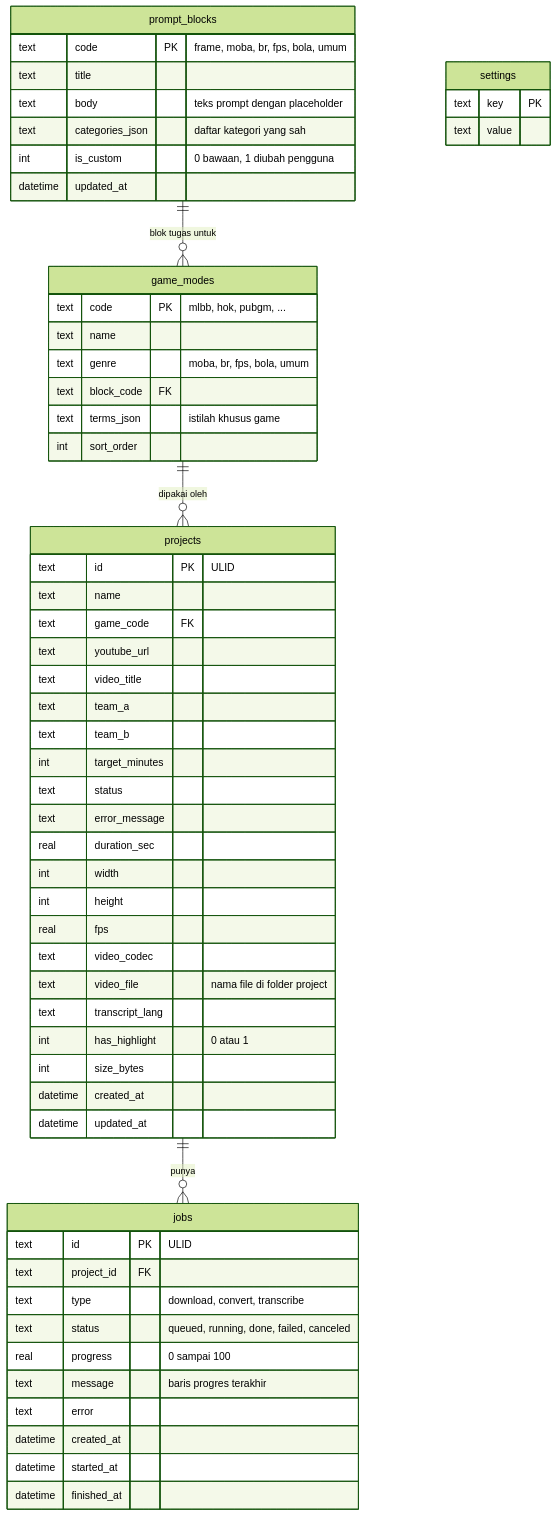
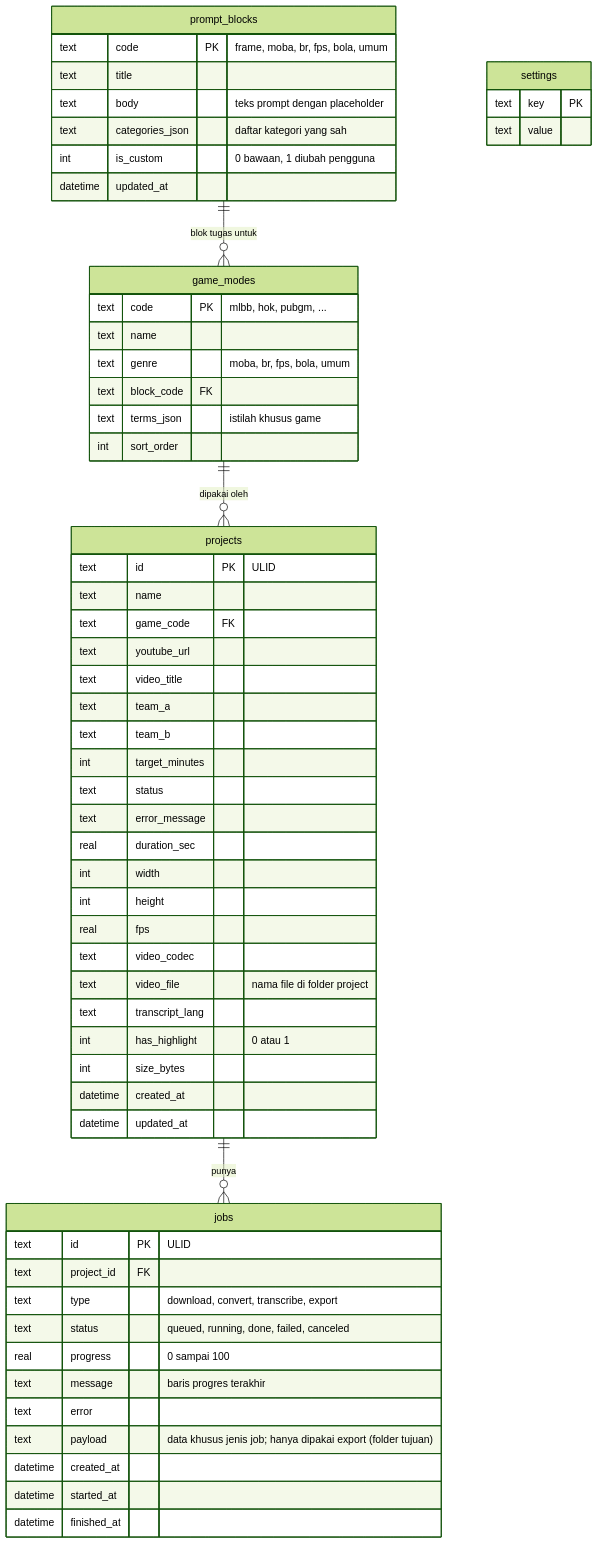
Before and after one commit to itlabil/SMEditor: the diagram in docs/erd.md, drawn with Mermaid (forest theme). The commit also changed other lines of this file and 25 other files, not shown here.

````diff
--- a/docs/erd.md
+++ b/docs/erd.md
@@ -7,66 +7,67 @@
 ```mermaid
 erDiagram
     game_modes ||--o{ projects : "dipakai oleh"
     prompt_blocks ||--o{ game_modes : "blok tugas untuk"
     projects ||--o{ jobs : "punya"
 
     game_modes {
         text code PK "mlbb, hok, pubgm, ..."
         text name
         text genre "moba, br, fps, bola, umum"
         text block_code FK
         text terms_json "istilah khusus game"
         int sort_order
     }
 
     prompt_blocks {
         text code PK "frame, moba, br, fps, bola, umum"
         text title
         text body "teks prompt dengan placeholder"
         text categories_json "daftar kategori yang sah"
         int is_custom "0 bawaan, 1 diubah pengguna"
         datetime updated_at
     }
 
     projects {
         text id PK "ULID"
         text name
         text game_code FK
         text youtube_url
         text video_title
         text team_a
         text team_b
         int target_minutes
         text status
         text error_message
         real duration_sec
         int width
         int height
         real fps
         text video_codec
         text video_file "nama file di folder project"
         text transcript_lang
         int has_highlight "0 atau 1"
         int size_bytes
         datetime created_at
         datetime updated_at
     }
 
     jobs {
         text id PK "ULID"
         text project_id FK
-        text type "download, convert, transcribe"
+        text type "download, convert, transcribe, export"
         text status "queued, running, done, failed, canceled"
         real progress "0 sampai 100"
         text message "baris progres terakhir"
         text error
+        text payload "data khusus jenis job; hanya dipakai export (folder tujuan)"
         datetime created_at
         datetime started_at
         datetime finished_at
     }
 
     settings {
         text key PK
         text value
     }
 ```
````
